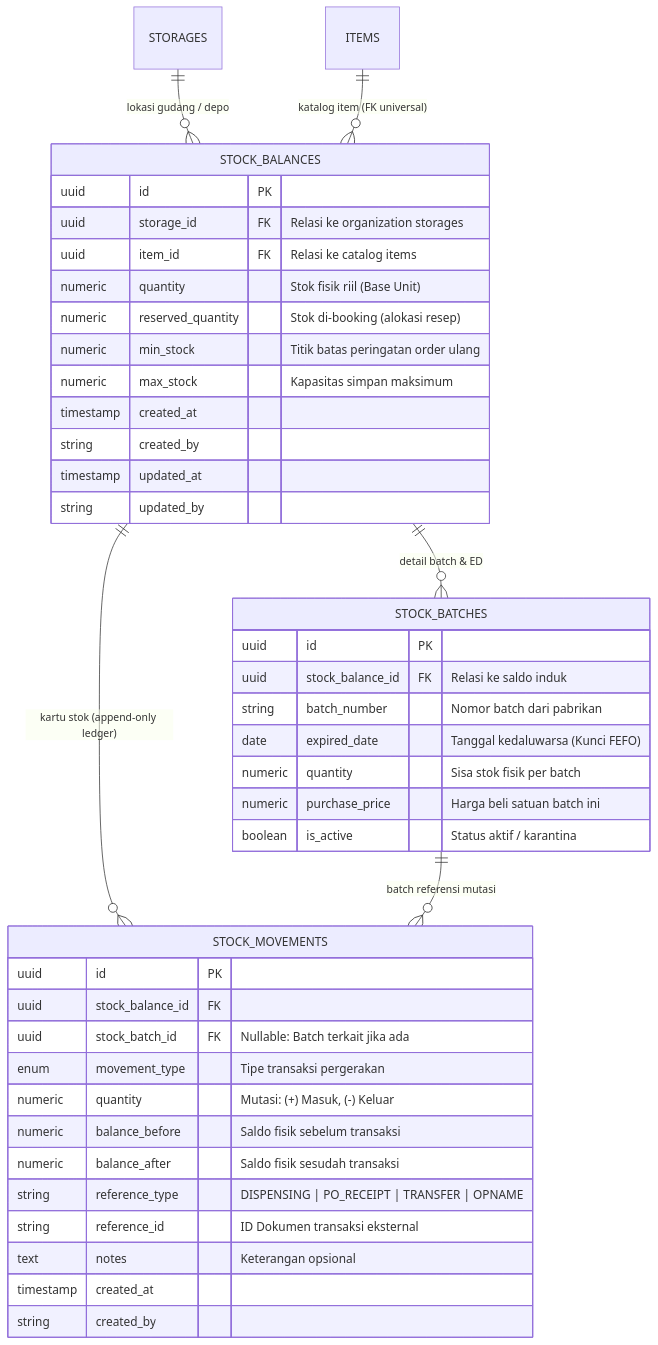
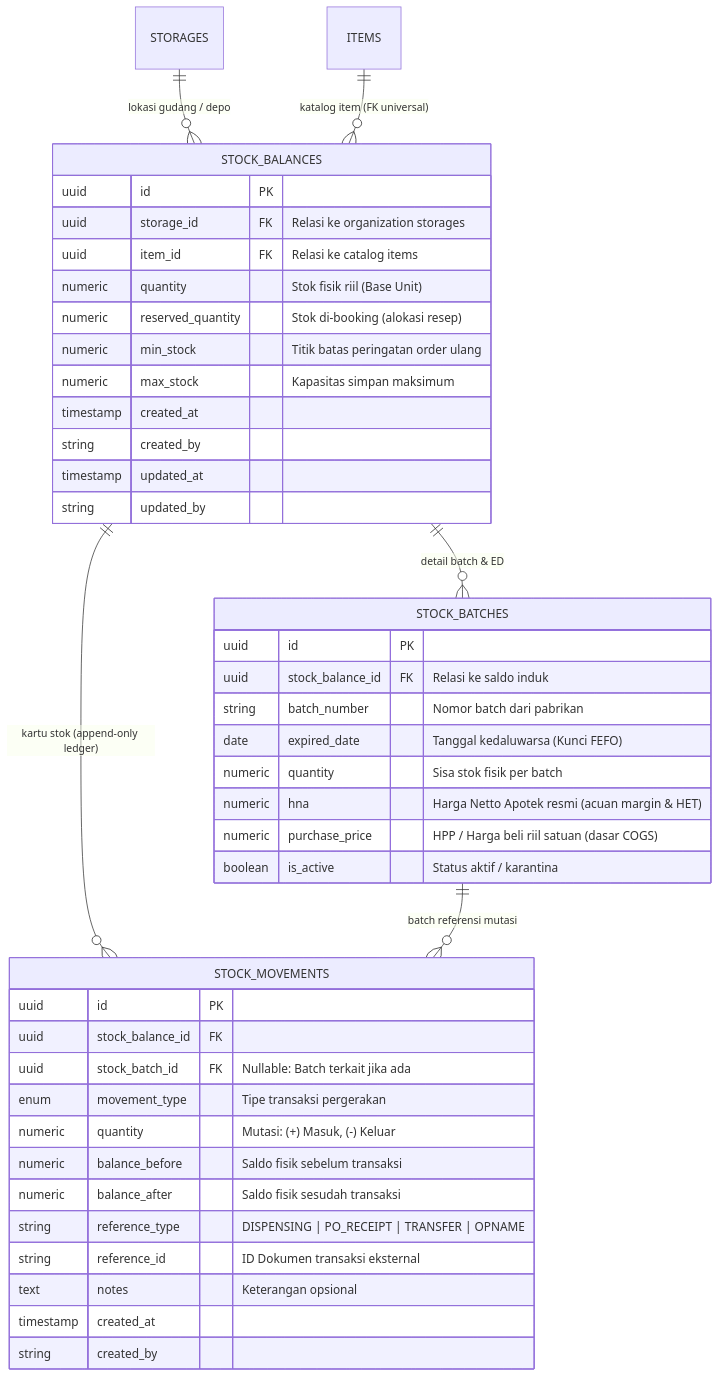
The diagram in internal/inventory/PRD.md (gunsu12/hosim-go), drawn with Mermaid before and after one commit. The commit also changed other lines of this file and 12 other files, not shown here.

````diff
--- a/internal/inventory/PRD.md
+++ b/internal/inventory/PRD.md
@@ -19,47 +19,48 @@
 ```mermaid
 erDiagram
     STORAGES ||--o{ STOCK_BALANCES : "lokasi gudang / depo"
     ITEMS ||--o{ STOCK_BALANCES : "katalog item (FK universal)"
     STOCK_BALANCES ||--o{ STOCK_BATCHES : "detail batch & ED"
     STOCK_BALANCES ||--o{ STOCK_MOVEMENTS : "kartu stok (append-only ledger)"
     STOCK_BATCHES ||--o{ STOCK_MOVEMENTS : "batch referensi mutasi"
 
     STOCK_BALANCES {
         uuid id PK
         uuid storage_id FK "Relasi ke organization storages"
         uuid item_id FK "Relasi ke catalog items"
         numeric quantity "Stok fisik riil (Base Unit)"
         numeric reserved_quantity "Stok di-booking (alokasi resep)"
         numeric min_stock "Titik batas peringatan order ulang"
         numeric max_stock "Kapasitas simpan maksimum"
         timestamp created_at
         string created_by
         timestamp updated_at
         string updated_by
     }
 
     STOCK_BATCHES {
         uuid id PK
         uuid stock_balance_id FK "Relasi ke saldo induk"
         string batch_number "Nomor batch dari pabrikan"
         date expired_date "Tanggal kedaluwarsa (Kunci FEFO)"
         numeric quantity "Sisa stok fisik per batch"
-        numeric purchase_price "Harga beli satuan batch ini"
+        numeric hna "Harga Netto Apotek resmi (acuan margin & HET)"
+        numeric purchase_price "HPP / Harga beli riil satuan (dasar COGS)"
         boolean is_active "Status aktif / karantina"
     }
 
     STOCK_MOVEMENTS {
         uuid id PK
         uuid stock_balance_id FK
         uuid stock_batch_id FK "Nullable: Batch terkait jika ada"
         enum movement_type "Tipe transaksi pergerakan"
         numeric quantity "Mutasi: (+) Masuk, (-) Keluar"
         numeric balance_before "Saldo fisik sebelum transaksi"
         numeric balance_after "Saldo fisik sesudah transaksi"
         string reference_type "DISPENSING | PO_RECEIPT | TRANSFER | OPNAME"
         string reference_id "ID Dokumen transaksi eksternal"
         text notes "Keterangan opsional"
         timestamp created_at
         string created_by
     }
 ```
````
